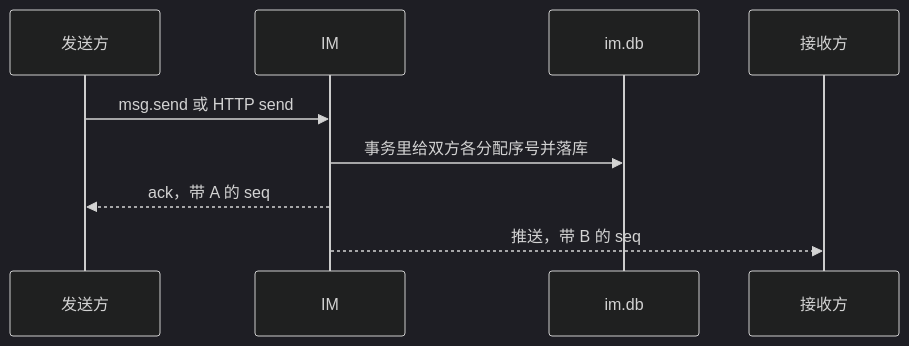
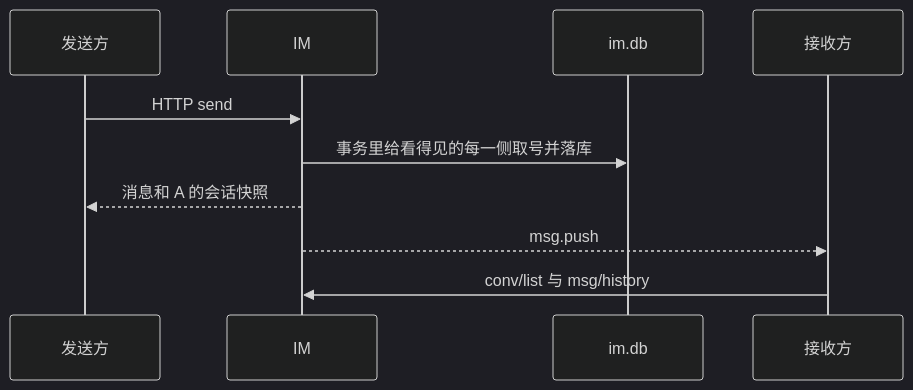
The diagram in docs/im/设计.md (Stuwang/mall), drawn with Mermaid (dark theme) before and after one commit. The commit also changed other lines of this file and 14 other files, not shown here.

````diff
--- a/docs/im/设计.md
+++ b/docs/im/设计.md
@@ -127,11 +135,12 @@
 ```mermaid
 sequenceDiagram
   participant A as 发送方
   participant IM as IM
   participant DB as im.db
   participant B as 接收方
-  A->>IM: msg.send 或 HTTP send
-  IM->>DB: 事务里给双方各分配序号并落库
-  IM-->>A: ack，带 A 的 seq
-  IM-->>B: 推送，带 B 的 seq
+  A->>IM: HTTP send
+  IM->>DB: 事务里给看得见的每一侧取号并落库
+  IM-->>A: 消息和 A 的会话快照
+  IM-->>B: msg.push
+  B->>IM: conv/list 与 msg/history
 ```
````
